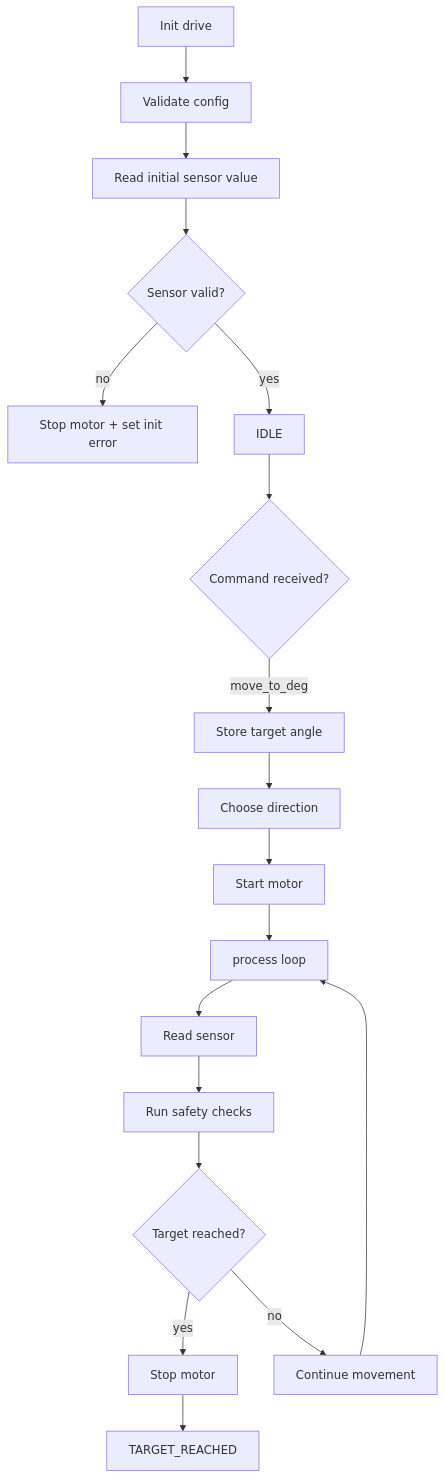
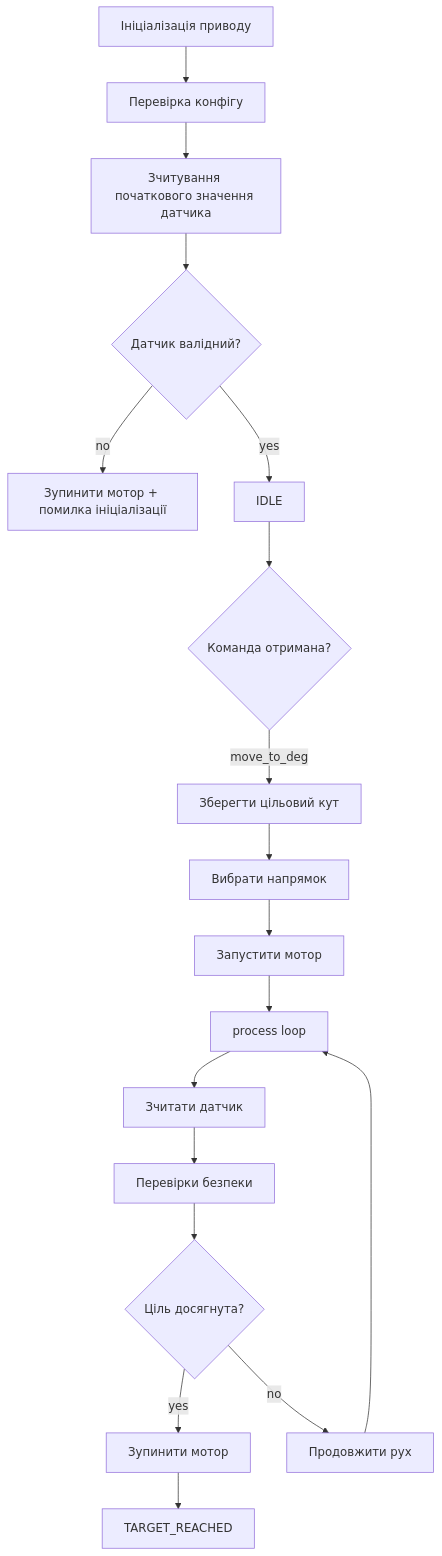
The second of 9 diagrams in docs/libraries/actuator/position_drive.ua.md (anatoliWeb/pic-platform), drawn with Mermaid before and after one commit. The commit also changed other lines of this file and 3 other files, not shown here.

First line of the commit message:
docs(position-drive): translate Mermaid labels to Ukrainian in UA docs

````diff
--- a/docs/libraries/actuator/position_drive.ua.md
+++ b/docs/libraries/actuator/position_drive.ua.md
@@ -149,22 +148,22 @@
 ```mermaid
 flowchart TD
-    INIT[Init drive] --> VALIDATE[Validate config]
-    VALIDATE --> READ0[Read initial sensor value]
-    READ0 --> OK{Sensor valid?}
-    OK -- no --> INITERR[Stop motor + set init error]
+    INIT[Ініціалізація приводу] --> VALIDATE[Перевірка конфігу]
+    VALIDATE --> READ0[Зчитування початкового значення датчика]
+    READ0 --> OK{Датчик валідний?}
+    OK -- no --> INITERR[Зупинити мотор + помилка ініціалізації]
     OK -- yes --> IDLE[IDLE]
 
-    IDLE --> CMD{Command received?}
-    CMD -- move_to_deg --> TARGET[Store target angle]
-    TARGET --> DIR[Choose direction]
-    DIR --> START[Start motor]
+    IDLE --> CMD{Команда отримана?}
+    CMD -- move_to_deg --> TARGET[Зберегти цільовий кут]
+    TARGET --> DIR[Вибрати напрямок]
+    DIR --> START[Запустити мотор]
     START --> LOOP[process loop]
 
-    LOOP --> READ[Read sensor]
-    READ --> CHECK[Run safety checks]
-    CHECK --> REACHED{Target reached?}
-    REACHED -- yes --> STOP[Stop motor]
+    LOOP --> READ[Зчитати датчик]
+    READ --> CHECK[Перевірки безпеки]
+    CHECK --> REACHED{Ціль досягнута?}
+    REACHED -- yes --> STOP[Зупинити мотор]
     STOP --> DONE[TARGET_REACHED]
-    REACHED -- no --> DRIVE[Continue movement]
+    REACHED -- no --> DRIVE[Продовжити рух]
     DRIVE --> LOOP
 ```
````
